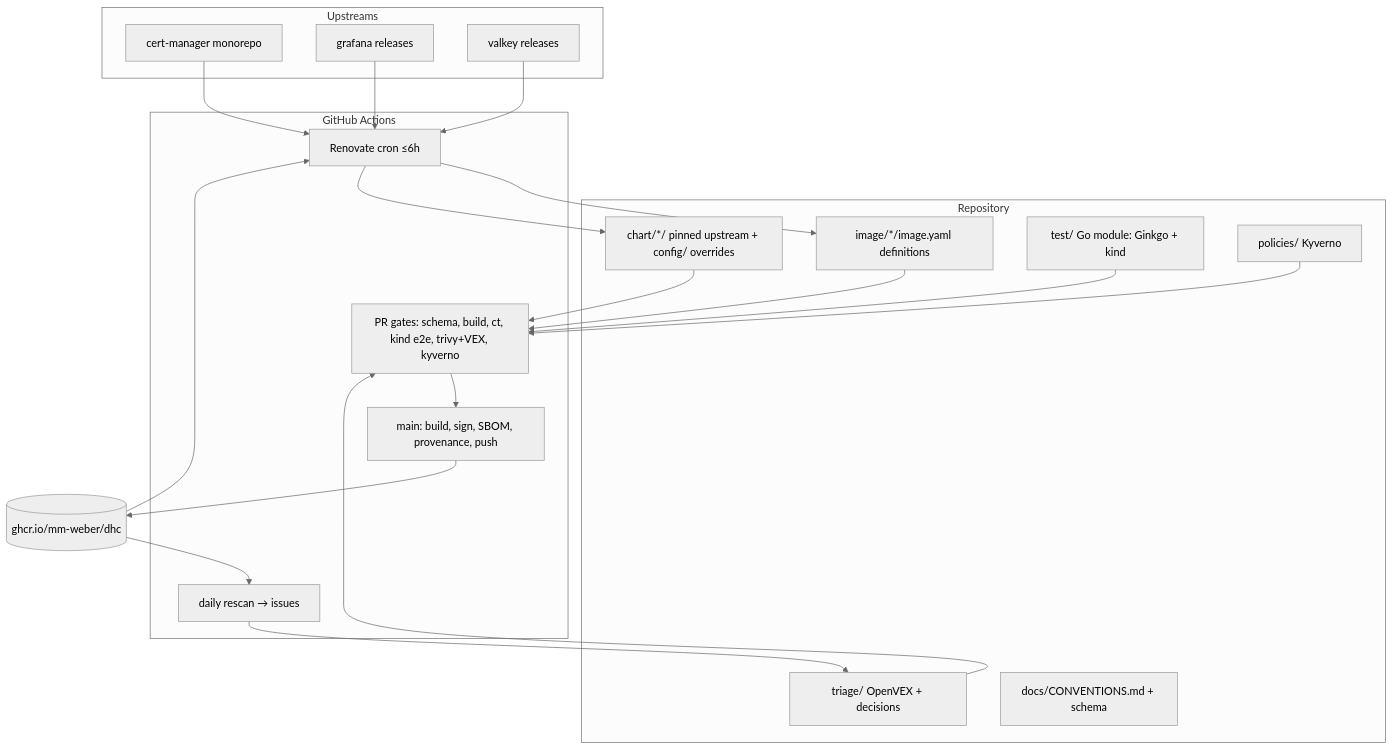
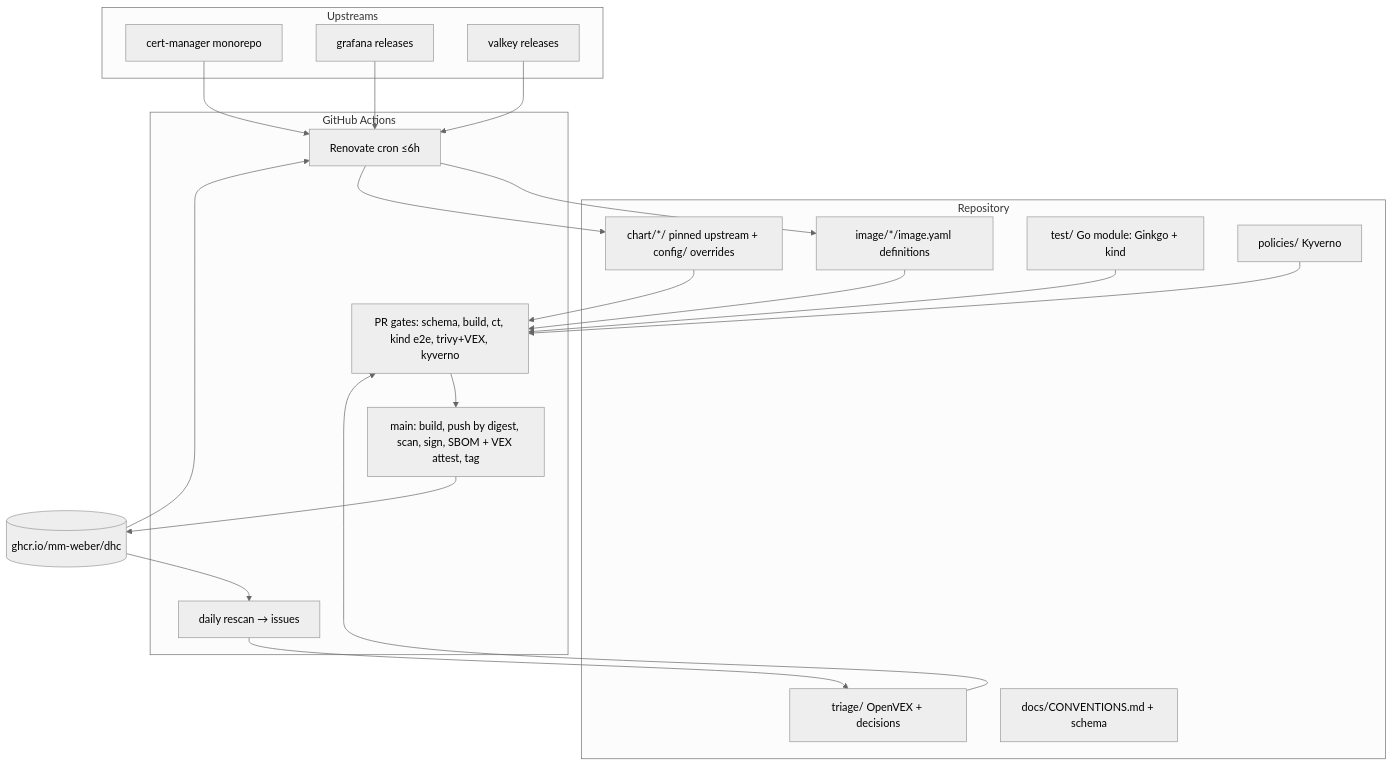
One commit to mm-weber/dhc-pipeline changed the first of 2 diagrams in .specs/dhc-catalogue-mvp/design.md. Above: the diagram before and after it, drawn with Mermaid (neutral theme). The commit also changed other lines of this file and 10 other files, not shown here.

````diff
--- a/.specs/dhc-catalogue-mvp/design.md
+++ b/.specs/dhc-catalogue-mvp/design.md
@@ -37,35 +37,35 @@
 ```mermaid
 graph TB
     subgraph Upstreams
         UP1[cert-manager monorepo]
         UP2[grafana releases]
         UP3[valkey releases]
     end
 
     subgraph Repository
         DEF[image/*/image.yaml definitions]
         CHT[chart/*/ pinned upstream + config/ overrides]
         TST[test/ Go module: Ginkgo + kind]
         TRI[triage/ OpenVEX + decisions]
         POL[policies/ Kyverno]
         CON[docs/CONVENTIONS.md + schema]
     end
 
     subgraph Automation["GitHub Actions"]
         REN[Renovate cron ≤6h]
         CI[PR gates: schema, build, ct, kind e2e, trivy+VEX, kyverno]
-        REL[main: build, sign, SBOM, provenance, push]
+        REL[main: build, push by digest, scan, sign, SBOM + VEX attest, tag]
         SCAN[daily rescan → issues]
     end
 
     GHCR[(ghcr.io/mm-weber/dhc)]
 
     UP1 & UP2 & UP3 --> REN --> DEF
     GHCR --> REN --> CHT
     DEF --> CI --> REL --> GHCR
     CHT --> CI
     TST --> CI
     POL --> CI
     GHCR --> SCAN --> TRI
     TRI --> CI
 ```
````
